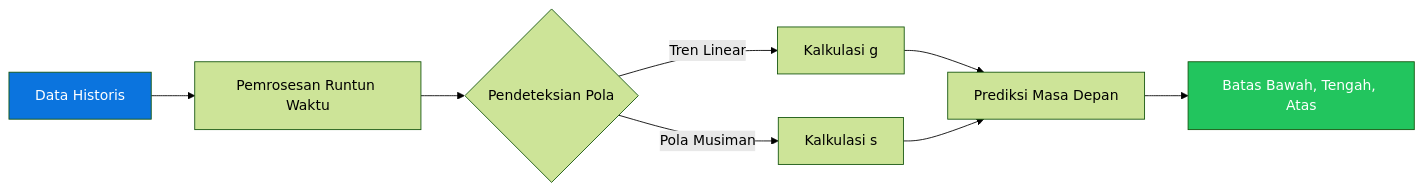
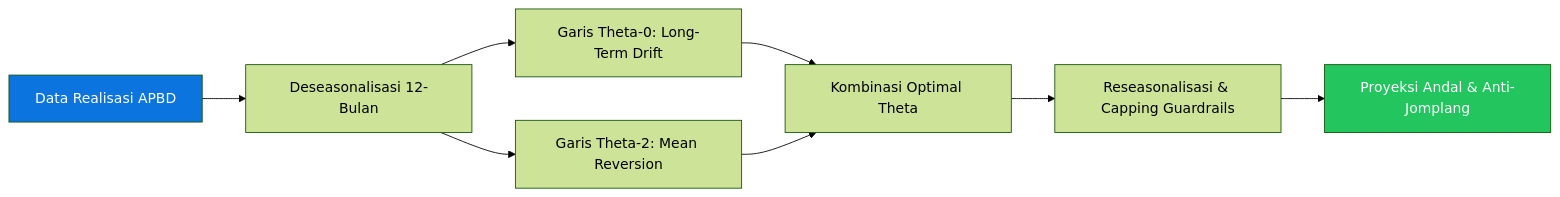
One commit to KwikAndreas/revdadas changed the second of 3 diagrams in README.MD. Above: the diagram before and after it, drawn with Mermaid (forest theme). The commit also changed other lines of this file and 17 other files, not shown here.

````diff
--- a/README.MD
+++ b/README.MD
@@ -133,13 +134,13 @@
 ```mermaid
 flowchart LR
-    A[Data Historis] --> B[Pemrosesan Runtun Waktu]
-    B --> C{Pendeteksian Pola}
-    C -->|Tren Linear| D[Kalkulasi g]
-    C -->|Pola Musiman| E[Kalkulasi s]
-    D --> F[Prediksi Masa Depan]
-    E --> F
-    F --> G[Batas Bawah, Tengah, Atas]
+    A[Data Realisasi APBD] --> B[Deseasonalisasi 12-Bulan]
+    B --> C[Garis Theta-0: Long-Term Drift]
+    B --> D[Garis Theta-2: Mean Reversion]
+    C --> E[Kombinasi Optimal Theta]
+    D --> E
+    E --> F[Reseasonalisasi & Capping Guardrails]
+    F --> G[Proyeksi Andal & Anti-Jomplang]
     
     style A fill:#0b74de,color:#fff
     style G fill:#22c55e,color:#fff
 ```
````
